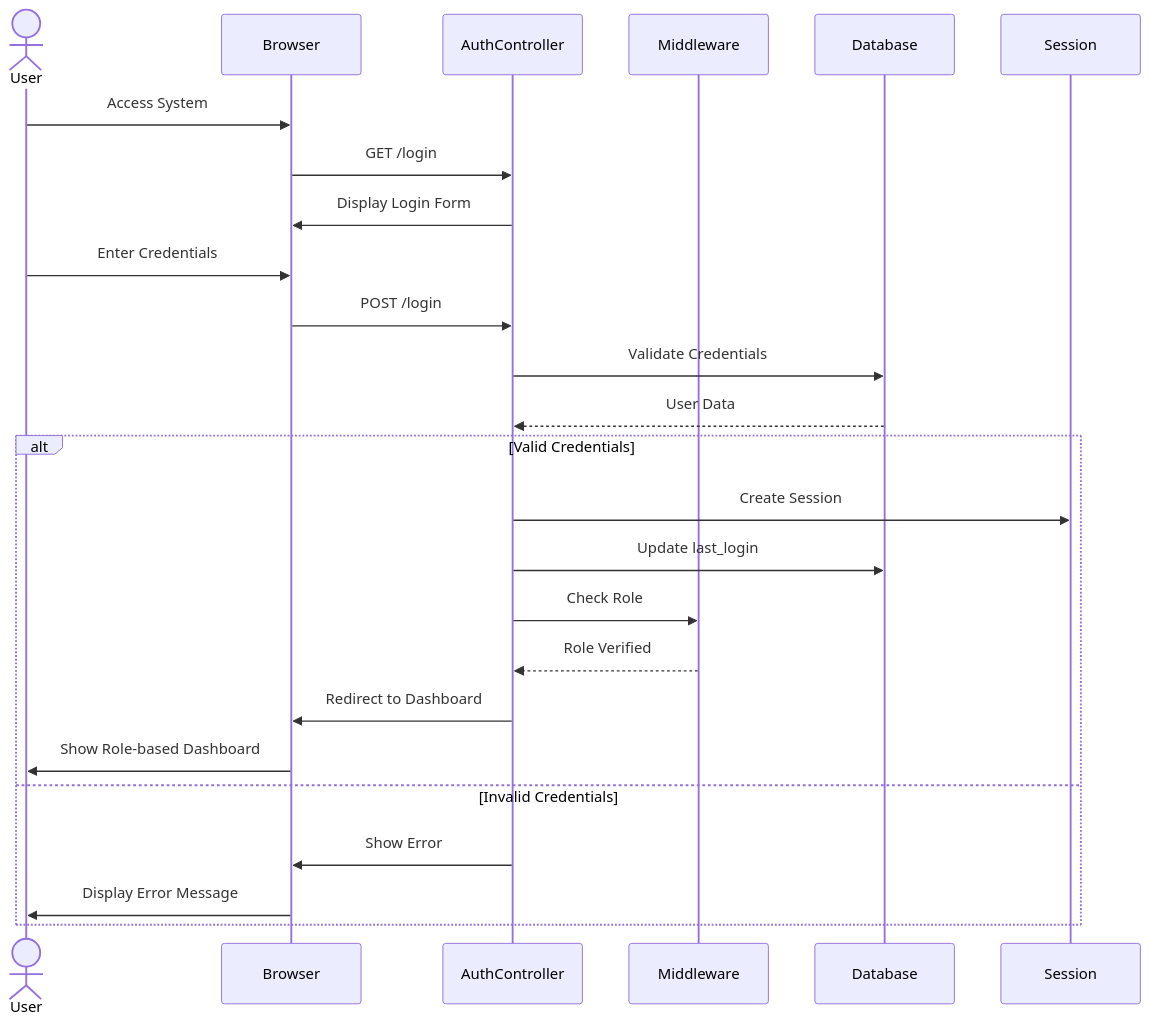
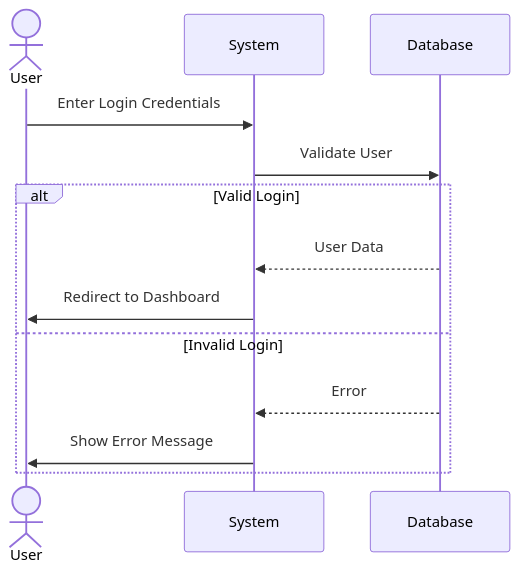
Before and after one commit to abdullah2323442/thesisrepo-backup: the first of 19 diagrams in documentation/sequence-diagrams.md, drawn with Mermaid. The commit also changed other lines of this file, not shown here.

Commit message:
Implement feature X to enhance user experience and fix bug Y in module Z

````diff
--- a/documentation/sequence-diagrams.md
+++ b/documentation/sequence-diagrams.md
@@ -26,30 +26,17 @@
 ```mermaid
 sequenceDiagram
     actor User
-    participant Browser
-    participant AuthController
-    participant Middleware
+    participant System
     participant Database
-    participant Session
 
-    User->>Browser: Access System
-    Browser->>AuthController: GET /login
-    AuthController->>Browser: Display Login Form
+    User->>System: Enter Login Credentials
+    System->>Database: Validate User
     
-    User->>Browser: Enter Credentials
-    Browser->>AuthController: POST /login
-    AuthController->>Database: Validate Credentials
-    Database-->>AuthController: User Data
-    
-    alt Valid Credentials
-        AuthController->>Session: Create Session
-        AuthController->>Database: Update last_login
-        AuthController->>Middleware: Check Role
-        Middleware-->>AuthController: Role Verified
-        AuthController->>Browser: Redirect to Dashboard
-        Browser->>User: Show Role-based Dashboard
-    else Invalid Credentials
-        AuthController->>Browser: Show Error
-        Browser->>User: Display Error Message
+    alt Valid Login
+        Database-->>System: User Data
+        System->>User: Redirect to Dashboard
+    else Invalid Login
+        Database-->>System: Error
+        System->>User: Show Error Message
     end
 ```
````
